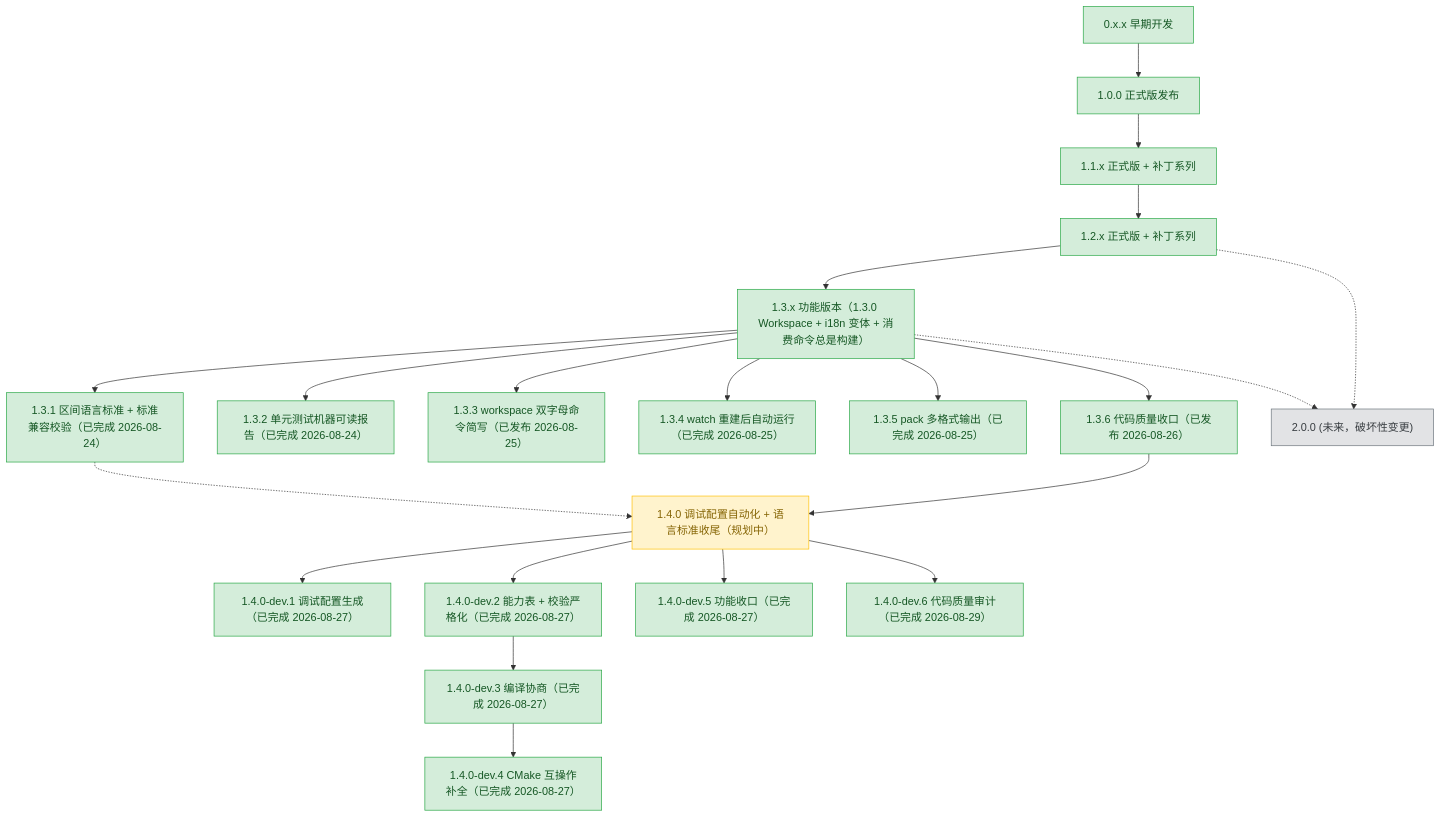
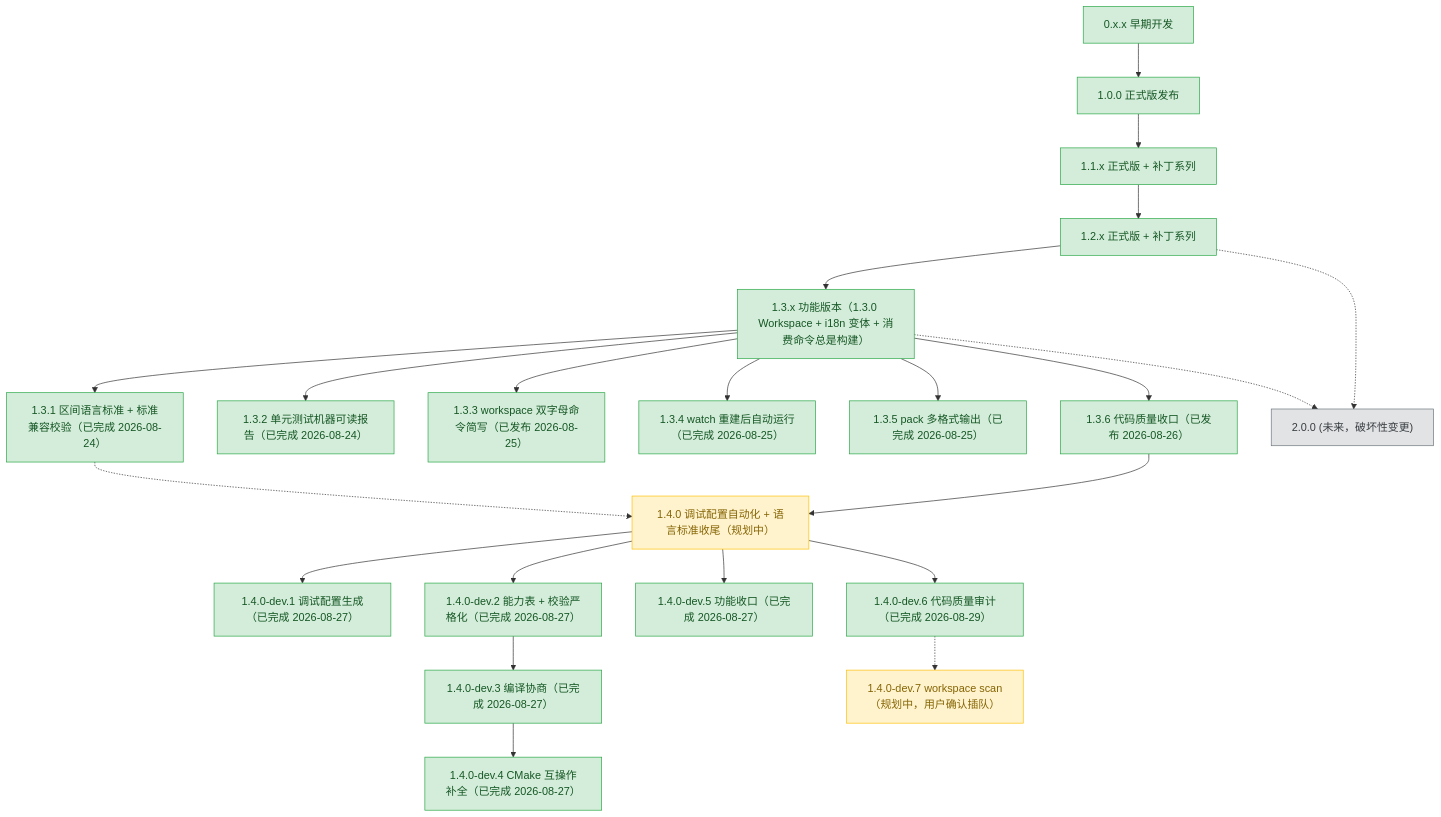
Before and after one commit to 3667808244/EazyMake: the diagram in plans/README.md, drawn with Mermaid. The commit also changed other lines of this file and 3 other files, not shown here.

Commit message:
docs(1.4.0-dev.7): 新增 workspace scan 设计文档与执行计划 — design doc（plans/1.4.x/1.4.0-dev.7.md：命令面/扫描语义/合并/写盘/测试方案）+ plan.md dev.7 执行计划（9 阶段）+ plans README 双文件状态与依赖图更新（用户确认插队：dev.6 收口后重新打开 dev 阶段）

````diff
--- a/plans/README.md
+++ b/plans/README.md
@@ -71,66 +72,69 @@
 ```mermaid
 graph TD
     v0xx["0.x.x 早期开发"]
     v100["1.0.0 正式版发布"]
     v11x["1.1.x 正式版 + 补丁系列"]
     v12x["1.2.x 正式版 + 补丁系列"]
     v13x["1.3.x 功能版本（1.3.0 Workspace + i18n 变体 + 消费命令总是构建）"]
     v131["1.3.1 区间语言标准 + 标准兼容校验（已完成 2026-08-24）"]
     v132["1.3.2 单元测试机器可读报告（已完成 2026-08-24）"]
     v133["1.3.3 workspace 双字母命令简写（已发布 2026-08-25）"]
     v134["1.3.4 watch 重建后自动运行（已完成 2026-08-25）"]
     v135["1.3.5 pack 多格式输出（已完成 2026-08-25）"]
     v136["1.3.6 代码质量收口（已发布 2026-08-26）"]
     v140["1.4.0 调试配置自动化 + 语言标准收尾（规划中）"]
     v141["1.4.0-dev.1 调试配置生成（已完成 2026-08-27）"]
     v142["1.4.0-dev.2 能力表 + 校验严格化（已完成 2026-08-27）"]
     v143["1.4.0-dev.3 编译协商（已完成 2026-08-27）"]
     v144["1.4.0-dev.4 CMake 互操作补全（已完成 2026-08-27）"]
     v145["1.4.0-dev.5 功能收口（已完成 2026-08-27）"]
     v146["1.4.0-dev.6 代码质量审计（已完成 2026-08-29）"]
+    v147["1.4.0-dev.7 workspace scan（规划中，用户确认插队）"]
     v200["2.0.0 (未来，破坏性变更)"]
 
     v0xx --> v100
     v100 --> v11x
     v11x --> v12x
     v12x --> v13x
     v13x --> v131
     v13x --> v132
     v13x --> v133
     v13x --> v134
     v13x --> v135
     v13x --> v136
     v136 --> v140
     v140 --> v141
     v140 --> v142
     v142 --> v143
     v143 --> v144
     v140 --> v145
     v140 --> v146
+    v146 -.-> v147
     v131 -.-> v140
     v12x -.-> v200
     v13x -.-> v200
 
     classDef done fill:#d4edda,stroke:#28a745,color:#155724;
     classDef active fill:#fff3cd,stroke:#ffc107,color:#856404;
     classDef todo fill:#e2e3e5,stroke:#6c757d,color:#383d41;
 
     class v0xx,v100 done;
     class v11x done;
     class v12x done;
     class v13x done;
     class v131 done;
     class v132 done;
     class v133 done;
     class v134 done;
     class v135 done;
     class v136 done;
     class v140 active;
     class v141 done;
     class v142 done;
     class v143 done;
     class v144 done;
     class v145 done;
     class v146 done;
+    class v147 active;
     class v200 todo;
 ```
````
